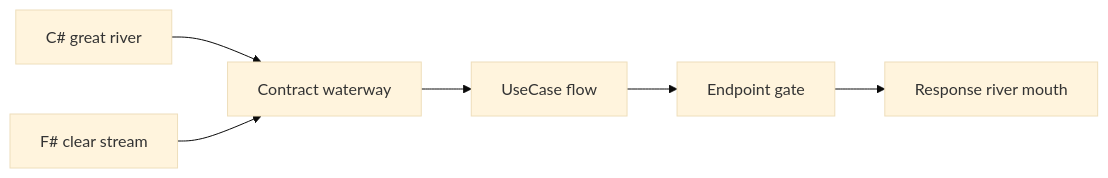
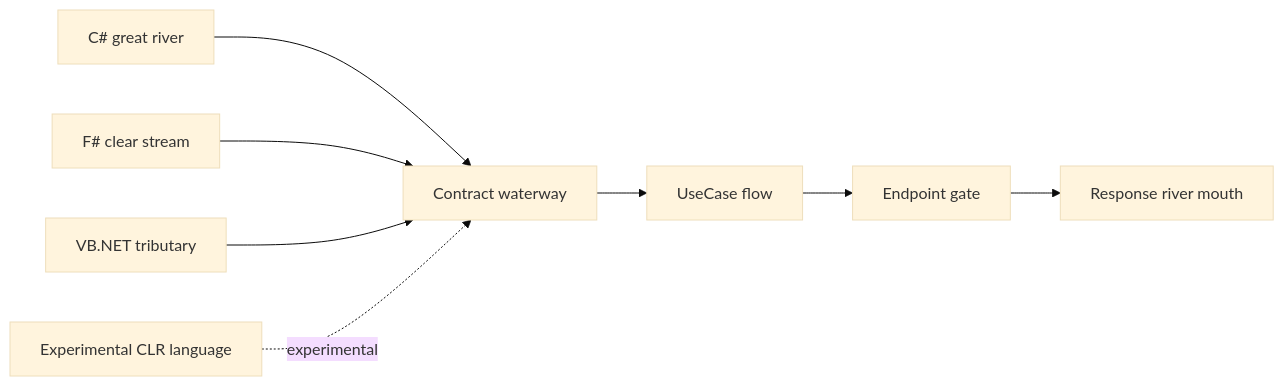
Before and after one commit to huideyeren/Kawa: diagram 17 of 23 in docs/design-principles.md, drawn with Mermaid (base theme). The commit also changed other lines of this file and 13 other files, not shown here.

````diff
--- a/docs/design-principles.md
+++ b/docs/design-principles.md
@@ -776,8 +839,10 @@
 ```mermaid
 flowchart LR
     CSharp[C# great river] --> Contract[Contract waterway]
     FSharp[F# clear stream] --> Contract
+    VB[VB.NET tributary] --> Contract
+    Experimental[Experimental CLR language] -.experimental.-> Contract
     Contract --> UseCase[UseCase flow]
     UseCase --> Endpoint[Endpoint gate]
     Endpoint --> Response[Response river mouth]
 ```
````
